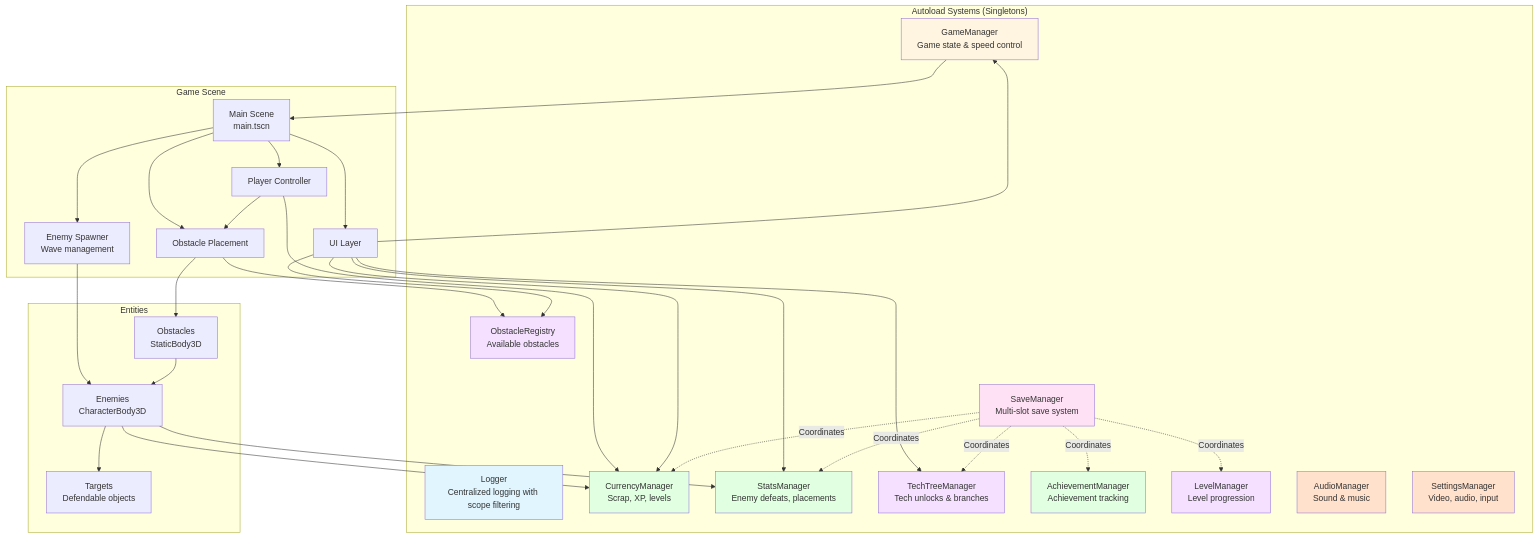
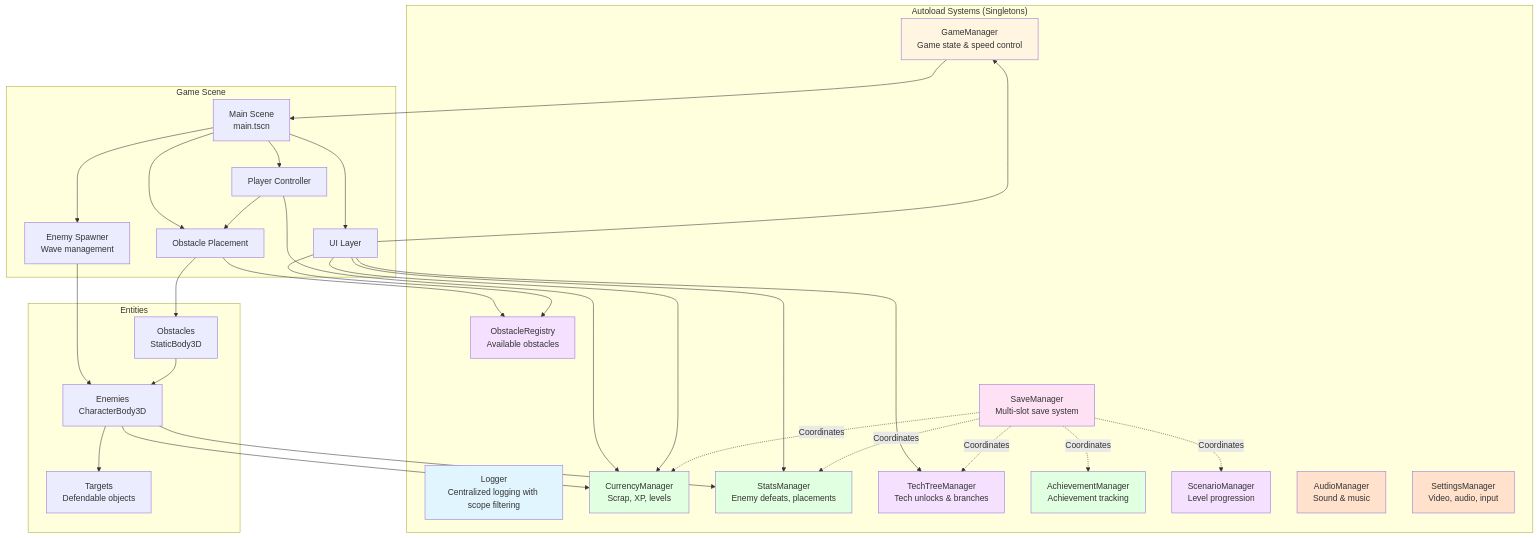
Before and after one commit to saebyn/godot-tower-defense: the first of 8 diagrams in docs/ARCHITECTURE.md, drawn with Mermaid. The commit also changed other lines of this file and 7 other files, not shown here.

````diff
--- a/docs/ARCHITECTURE.md
+++ b/docs/ARCHITECTURE.md
@@ -20,82 +20,82 @@
 ```mermaid
 graph TB
     subgraph "Autoload Systems (Singletons)"
         Logger[Logger<br/>Centralized logging with scope filtering]
         SaveManager[SaveManager<br/>Multi-slot save system]
         CurrencyManager[CurrencyManager<br/>Scrap, XP, levels]
         GameManager[GameManager<br/>Game state & speed control]
         StatsManager[StatsManager<br/>Enemy defeats, placements]
         ObstacleRegistry[ObstacleRegistry<br/>Available obstacles]
         TechTreeManager[TechTreeManager<br/>Tech unlocks & branches]
         AchievementManager[AchievementManager<br/>Achievement tracking]
-        LevelManager[LevelManager<br/>Level progression]
+        ScenarioManager[ScenarioManager<br/>Level progression]
         AudioManager[AudioManager<br/>Sound & music]
         SettingsManager[SettingsManager<br/>Video, audio, input]
     end
     
     subgraph "Game Scene"
         Main[Main Scene<br/>main.tscn]
         Player[Player Controller]
         EnemySpawner[Enemy Spawner<br/>Wave management]
         ObstaclePlacement[Obstacle Placement]
         UI[UI Layer]
     end
     
     subgraph "Entities"
         Enemies[Enemies<br/>CharacterBody3D]
         Obstacles[Obstacles<br/>StaticBody3D]
         Targets[Targets<br/>Defendable objects]
     end
     
     Main --> Player
     Main --> EnemySpawner
     Main --> ObstaclePlacement
     Main --> UI
     
     Player --> CurrencyManager
     Player --> ObstaclePlacement
     
     EnemySpawner --> Enemies
     ObstaclePlacement --> Obstacles
     ObstaclePlacement --> ObstacleRegistry
     
     Enemies --> CurrencyManager
     Enemies --> StatsManager
     Enemies --> Targets
     
     Obstacles --> Enemies
     
     UI --> CurrencyManager
     UI --> StatsManager
     UI --> GameManager
     UI --> TechTreeManager
     UI --> ObstacleRegistry
     
     SaveManager -.Coordinates.-> CurrencyManager
     SaveManager -.Coordinates.-> StatsManager
     SaveManager -.Coordinates.-> TechTreeManager
     SaveManager -.Coordinates.-> AchievementManager
-    SaveManager -.Coordinates.-> LevelManager
+    SaveManager -.Coordinates.-> ScenarioManager
     
     GameManager --> Main
     
     %% Color Legend:
     %% Blue (#e1f5ff) - Debugging/Infrastructure
     %% Pink (#ffe1f5) - Persistence/Save System
     %% Green (#e1ffe1) - Economy/Progression
     %% Yellow (#fff5e1) - Game State Management
     %% Purple (#f5e1ff) - Content Management
     %% Orange (#ffe1cc) - Audio/Settings
     
     style Logger fill:#e1f5ff
     style SaveManager fill:#ffe1f5
     style CurrencyManager fill:#e1ffe1
     style StatsManager fill:#e1ffe1
     style GameManager fill:#fff5e1
     style ObstacleRegistry fill:#f5e1ff
     style TechTreeManager fill:#f5e1ff
     style AchievementManager fill:#e1ffe1
-    style LevelManager fill:#f5e1ff
+    style ScenarioManager fill:#f5e1ff
     style AudioManager fill:#ffe1cc
     style SettingsManager fill:#ffe1cc
 ```
````
